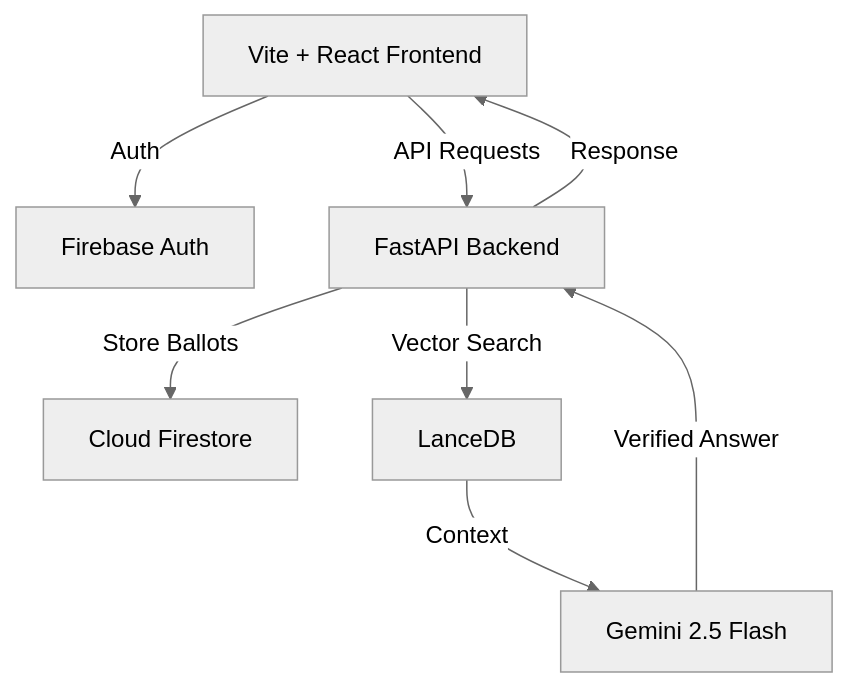
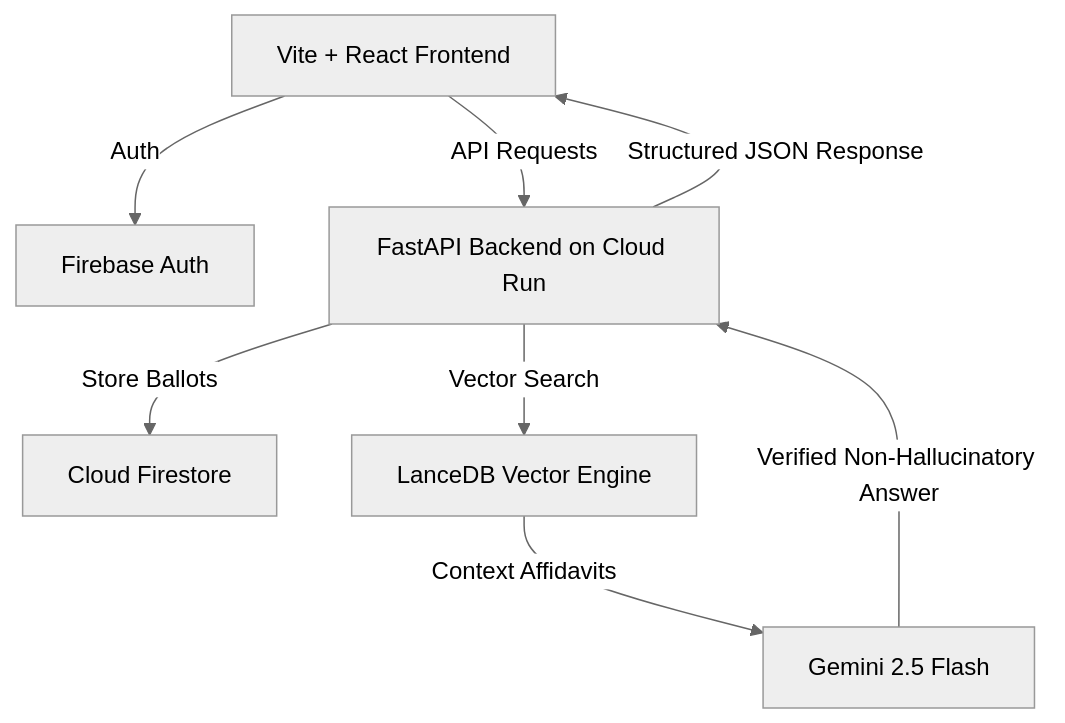
The diagram in README.md (seeramsujay/informed-poll), drawn with Mermaid (neutral theme) before and after one commit. The commit also changed other lines of this file and 2 other files, not shown here.

Commit message:
docs: bespoke vector logo, centered presentation, and future roadmap

````diff
--- a/README.md
+++ b/README.md
@@ -72,10 +41,10 @@
 ```mermaid
 graph TD
     A[Vite + React Frontend] -->|Auth| B[Firebase Auth]
-    A -->|API Requests| C[FastAPI Backend]
+    A -->|API Requests| C[FastAPI Backend on Cloud Run]
     C -->|Store Ballots| D[Cloud Firestore]
-    C -->|Vector Search| E[LanceDB]
-    E -->|Context| F[Gemini 2.5 Flash]
-    F -->|Verified Answer| C
-    C -->|Response| A
+    C -->|Vector Search| E[LanceDB Vector Engine]
+    E -->|Context Affidavits| F[Gemini 2.5 Flash]
+    F -->|Verified Non-Hallucinatory Answer| C
+    C -->|Structured JSON Response| A
 ```
````
